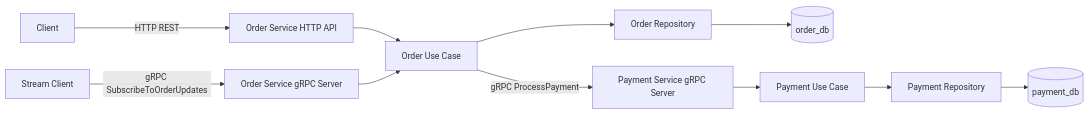
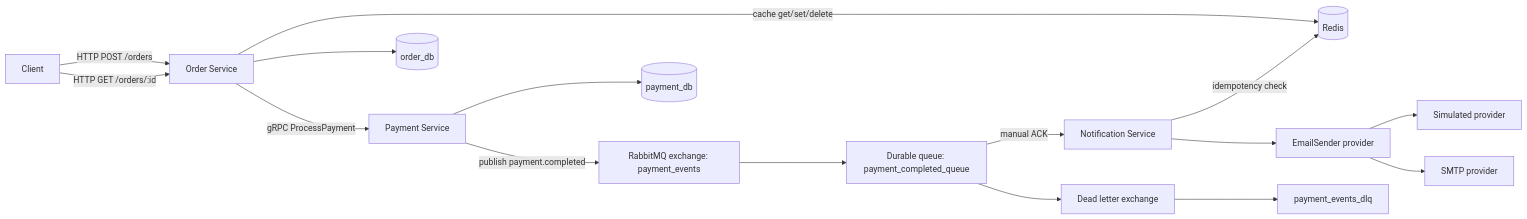
Before and after one commit to juniorqazaq/microservice: the diagram in README.md, drawn with Mermaid. The commit also changed other lines of this file and 40 other files, not shown here.

````diff
--- a/README.md
+++ b/README.md
@@ -16,13 +30,18 @@
 ```mermaid
 flowchart LR
-    Client["Client"] -->|HTTP REST| OrderHTTP["Order Service HTTP API"]
-    OrderHTTP --> OrderUC["Order Use Case"]
-    OrderUC --> OrderRepo["Order Repository"]
-    OrderRepo --> OrderDB[("order_db")]
-    OrderUC -->|gRPC ProcessPayment| PaymentGRPC["Payment Service gRPC Server"]
-    PaymentGRPC --> PaymentUC["Payment Use Case"]
-    PaymentUC --> PaymentRepo["Payment Repository"]
-    PaymentRepo --> PaymentDB[("payment_db")]
-    StreamClient["Stream Client"] -->|gRPC SubscribeToOrderUpdates| OrderGRPC["Order Service gRPC Server"]
-    OrderGRPC --> OrderUC
+    Client["Client"] -->|HTTP POST /orders| OrderHTTP["Order Service"]
+    Client -->|HTTP GET /orders/:id| OrderHTTP
+    OrderHTTP -->|cache get/set/delete| Redis[("Redis")]
+    OrderHTTP --> OrderDB[("order_db")]
+    OrderHTTP -->|gRPC ProcessPayment| PaymentGRPC["Payment Service"]
+    PaymentGRPC --> PaymentDB[("payment_db")]
+    PaymentGRPC -->|publish payment.completed| Exchange["RabbitMQ exchange: payment_events"]
+    Exchange --> Queue["Durable queue: payment_completed_queue"]
+    Queue -->|manual ACK| Notification["Notification Service"]
+    Notification -->|idempotency check| Redis
+    Notification --> Provider["EmailSender provider"]
+    Provider --> Simulated["Simulated provider"]
+    Provider --> SMTP["SMTP provider"]
+    Queue --> DLX["Dead letter exchange"]
+    DLX --> DLQ["payment_events_dlq"]
 ```
````
